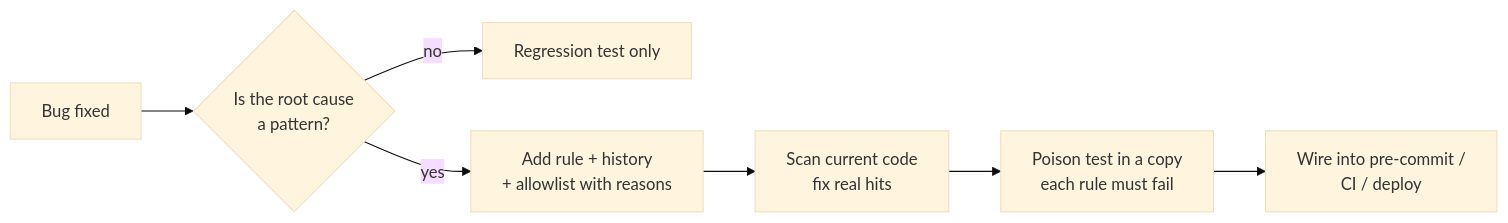
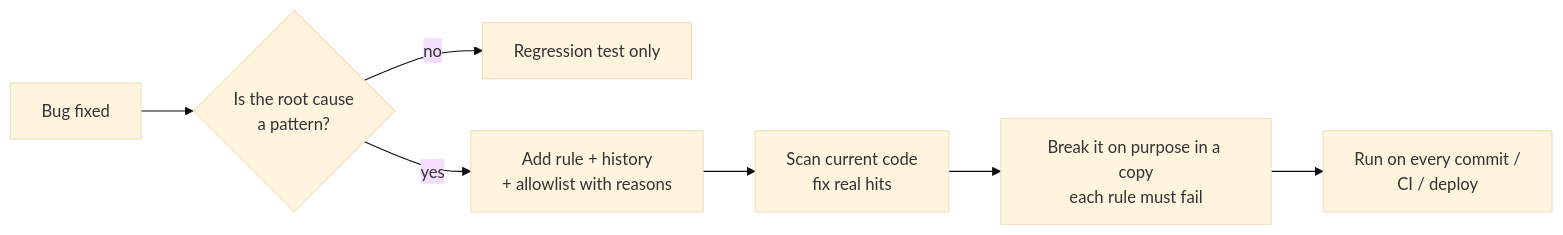
Before and after one commit to howardchenghuang-dotcom/bug-to-rule: the diagram in README.md, drawn with Mermaid (base theme). The commit also changed other lines of this file and 3 other files, not shown here.

````diff
--- a/README.md
+++ b/README.md
@@ -29,9 +89,9 @@
 ```mermaid
 flowchart LR
   A[Bug fixed] --> B{Is the root cause<br/>a pattern?}
   B -- no --> C[Regression test only]
   B -- yes --> D[Add rule + history<br/>+ allowlist with reasons]
   D --> E[Scan current code<br/>fix real hits]
-  E --> F[Poison test in a copy<br/>each rule must fail]
-  F --> G[Wire into pre-commit /<br/>CI / deploy]
+  E --> F[Break it on purpose in a copy<br/>each rule must fail]
+  F --> G[Run on every commit /<br/>CI / deploy]
 ```
````
